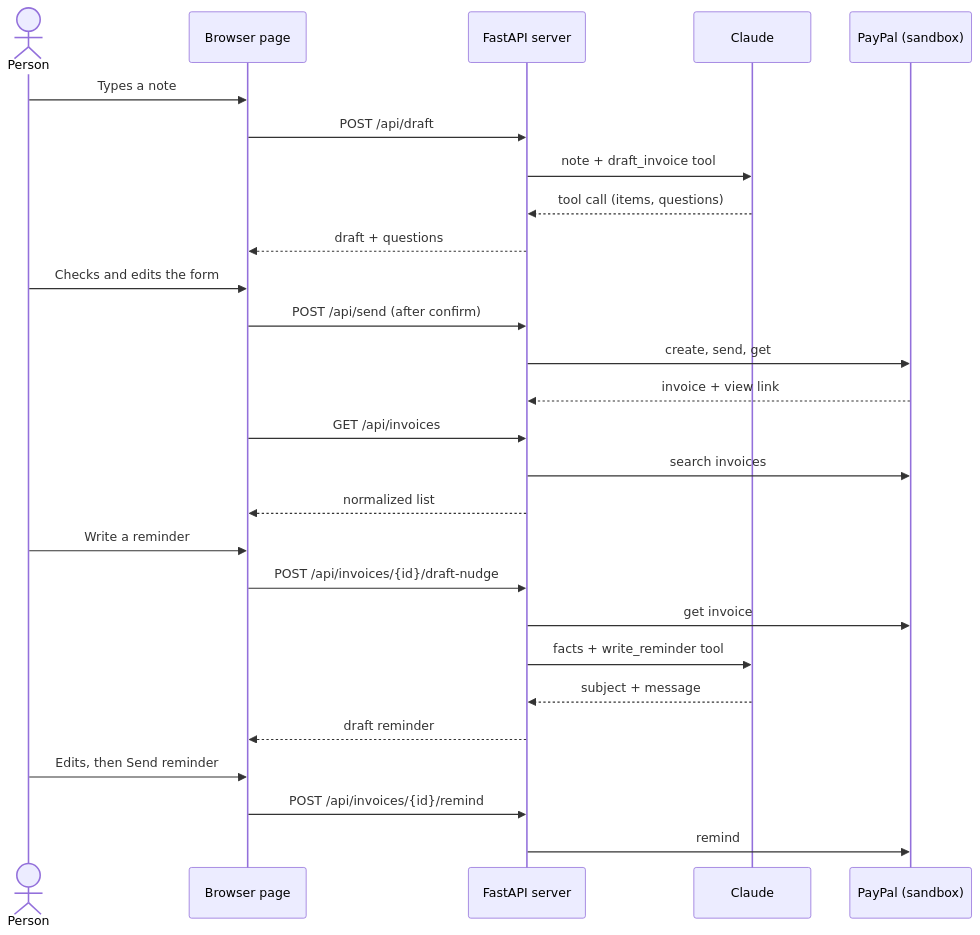
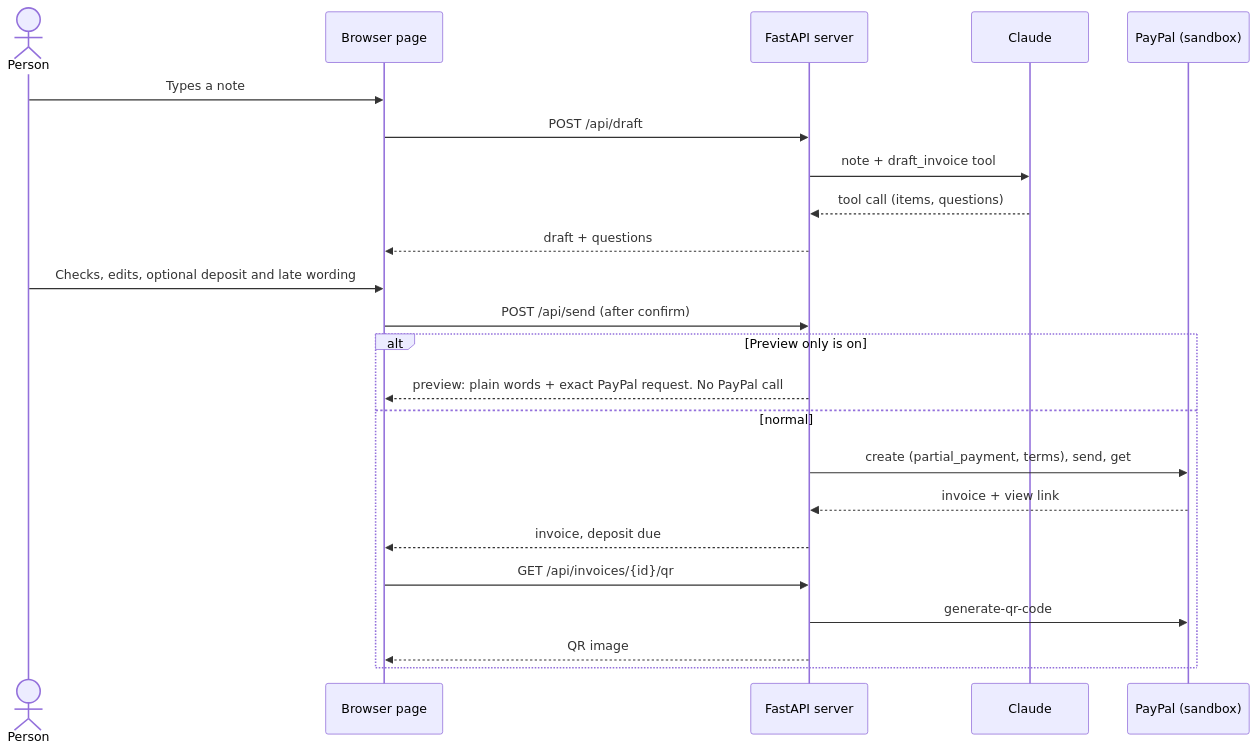
The second of 3 diagrams in docs/architecture.md (Julian-Schwabecher/invoice-autopilot), drawn with Mermaid before and after one commit. The commit also changed other lines of this file and 21 other files, not shown here.

First line of the commit message:
Demo sprint: live PAID status, approve-before-send nudge queue, safe mode, deposits + QR, demo seed, 381 tests + CI

````diff
--- a/docs/architecture.md
+++ b/docs/architecture.md
@@ -5,29 +24,25 @@
 ```mermaid
 sequenceDiagram
     actor P as Person
     participant UI as Browser page
     participant S as FastAPI server
     participant C as Claude
     participant PP as PayPal (sandbox)
     P->>UI: Types a note
     UI->>S: POST /api/draft
     S->>C: note + draft_invoice tool
     C-->>S: tool call (items, questions)
     S-->>UI: draft + questions
-    P->>UI: Checks and edits the form
+    P->>UI: Checks, edits, optional deposit and late wording
     UI->>S: POST /api/send (after confirm)
-    S->>PP: create, send, get
-    PP-->>S: invoice + view link
-    UI->>S: GET /api/invoices
-    S->>PP: search invoices
-    S-->>UI: normalized list
-    P->>UI: Write a reminder
-    UI->>S: POST /api/invoices/{id}/draft-nudge
-    S->>PP: get invoice
-    S->>C: facts + write_reminder tool
-    C-->>S: subject + message
-    S-->>UI: draft reminder
-    P->>UI: Edits, then Send reminder
-    UI->>S: POST /api/invoices/{id}/remind
-    S->>PP: remind
+    alt Preview only is on
+        S-->>UI: preview: plain words + exact PayPal request. No PayPal call
+    else normal
+        S->>PP: create (partial_payment, terms), send, get
+        PP-->>S: invoice + view link
+        S-->>UI: invoice, deposit due
+        UI->>S: GET /api/invoices/{id}/qr
+        S->>PP: generate-qr-code
+        S-->>UI: QR image
+    end
 ```
````
